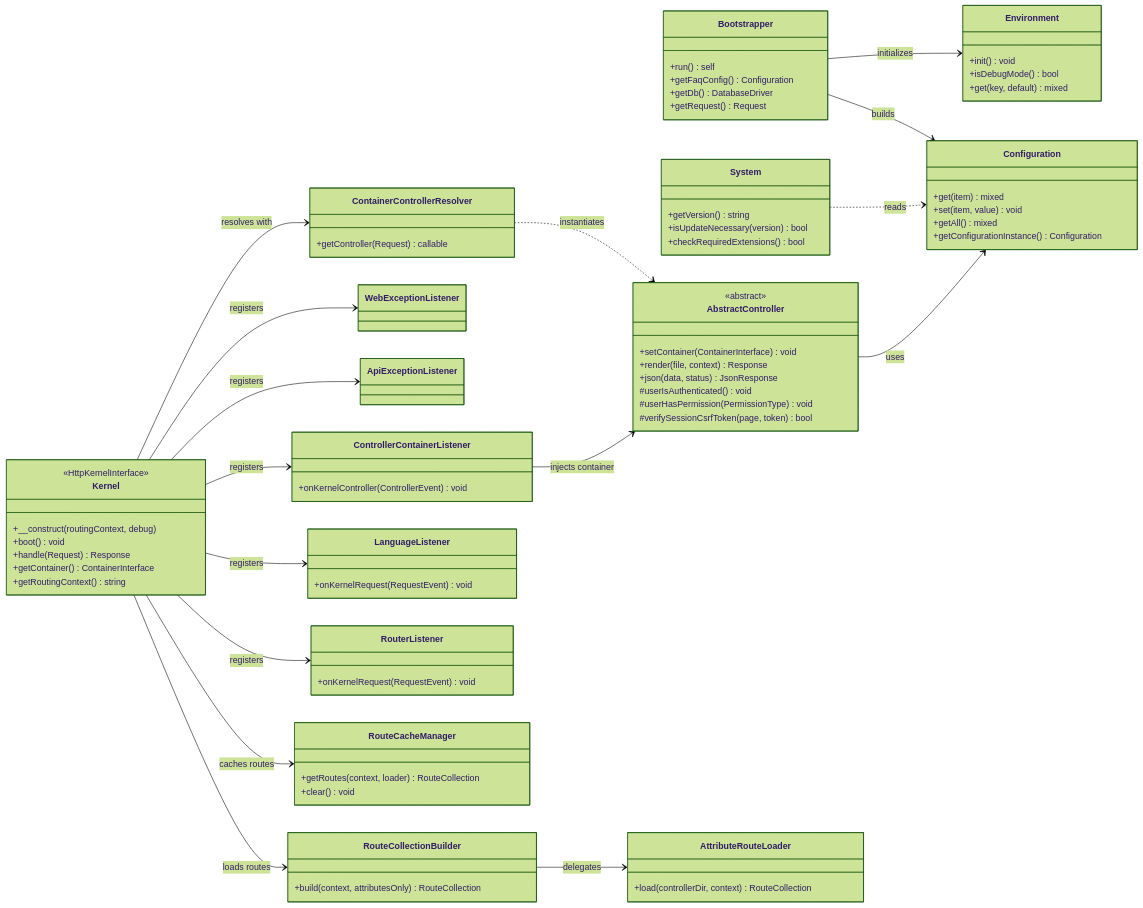
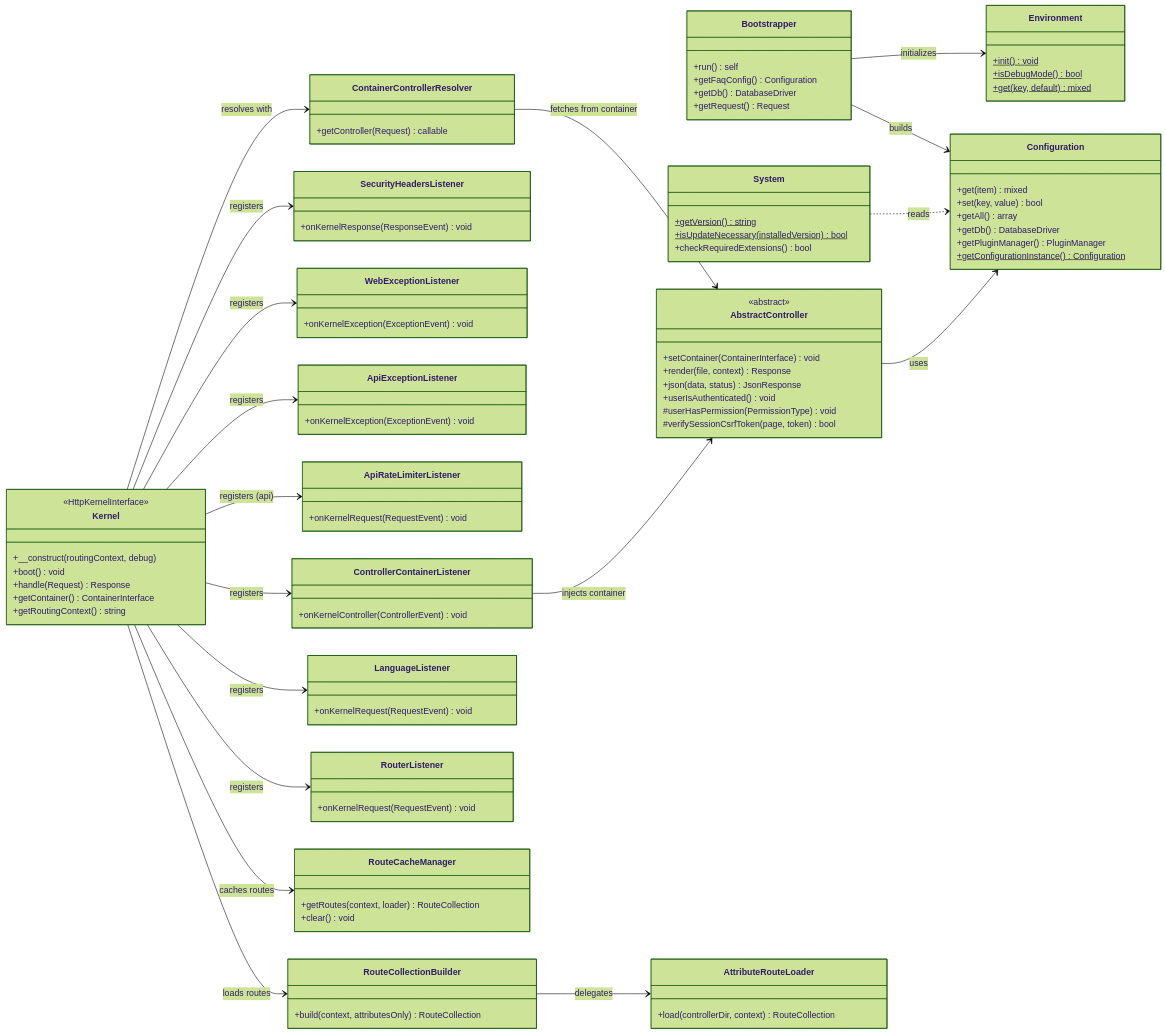
Before and after one commit to thorsten/phpMyFAQ: the second of 7 diagrams in docs/architecture.md, drawn with Mermaid (forest theme). The commit also changed other lines of this file and 19 other files, not shown here.

```diff
--- a/docs/architecture.md
+++ b/docs/architecture.md
@@ -112,21 +112,23 @@
     }
 
     class Environment {
-        +init() void
-        +isDebugMode() bool
-        +get(key, default) mixed
+        +init()$ void
+        +isDebugMode()$ bool
+        +get(key, default)$ mixed
     }
 
     class Configuration {
         +get(item) mixed
-        +set(item, value) void
-        +getAll() mixed
-        +getConfigurationInstance() Configuration
+        +set(key, value) bool
+        +getAll() array
+        +getDb() DatabaseDriver
+        +getPluginManager() PluginManager
+        +getConfigurationInstance()$ Configuration
     }
 
     class System {
-        +getVersion() string
-        +isUpdateNecessary(version) bool
+        +getVersion()$ string
+        +isUpdateNecessary(installedVersion)$ bool
         +checkRequiredExtensions() bool
     }
 
@@ -149,7 +151,7 @@
         +setContainer(ContainerInterface) void
         +render(file, context) Response
         +json(data, status) JsonResponse
-        #userIsAuthenticated() void
+        +userIsAuthenticated() void
         #userHasPermission(PermissionType) void
         #verifySessionCsrfToken(page, token) bool
     }
@@ -163,8 +165,18 @@
     class ControllerContainerListener {
         +onKernelController(ControllerEvent) void
     }
-    class ApiExceptionListener
-    class WebExceptionListener
+    class ApiRateLimiterListener {
+        +onKernelRequest(RequestEvent) void
+    }
+    class ApiExceptionListener {
+        +onKernelException(ExceptionEvent) void
+    }
+    class WebExceptionListener {
+        +onKernelException(ExceptionEvent) void
+    }
+    class SecurityHeadersListener {
+        +onKernelResponse(ResponseEvent) void
+    }
 
     Bootstrapper --> Configuration : builds
     Bootstrapper --> Environment : initializes
@@ -173,11 +185,13 @@
     Kernel --> RouterListener : registers
     Kernel --> LanguageListener : registers
     Kernel --> ControllerContainerListener : registers
+    Kernel --> ApiRateLimiterListener : registers (api)
     Kernel --> ApiExceptionListener : registers
     Kernel --> WebExceptionListener : registers
+    Kernel --> SecurityHeadersListener : registers
     Kernel --> ContainerControllerResolver : resolves with
     RouteCollectionBuilder --> AttributeRouteLoader : delegates
-    ContainerControllerResolver ..> AbstractController : instantiates
+    ContainerControllerResolver --> AbstractController : fetches from container
     ControllerContainerListener --> AbstractController : injects container
     AbstractController --> Configuration : uses
     System ..> Configuration : reads
```
